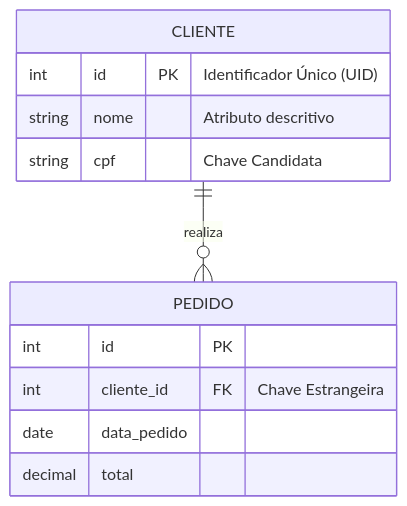
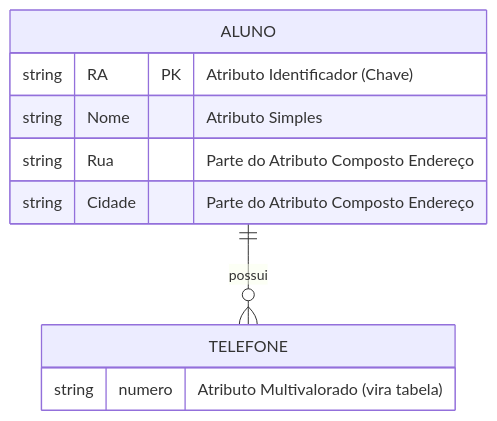
The second of 2 diagrams in blog/Untitled.md (pablomigueldias/Second-Brain), drawn with Mermaid before and after one commit. The commit also changed other lines of this file and 1 other file, not shown here.

````diff
--- a/blog/Untitled.md
+++ b/blog/Untitled.md
@@ -60,15 +85,13 @@
 ```mermaid
 erDiagram
-    CLIENTE ||--o{ PEDIDO : realiza
-    CLIENTE {
-        int id PK "Identificador Único (UID)"
-        string nome "Atributo descritivo"
-        string cpf "Chave Candidata"
+    ALUNO {
+        string RA PK "Atributo Identificador (Chave)"
+        string Nome "Atributo Simples"
+        string Rua "Parte do Atributo Composto Endereço"
+        string Cidade "Parte do Atributo Composto Endereço"
     }
-    PEDIDO {
-        int id PK
-        int cliente_id FK "Chave Estrangeira"
-        date data_pedido
-        decimal total
+    TELEFONE {
+        string numero "Atributo Multivalorado (vira tabela)"
     }
+    ALUNO ||--o{ TELEFONE : possui
 ```
````
